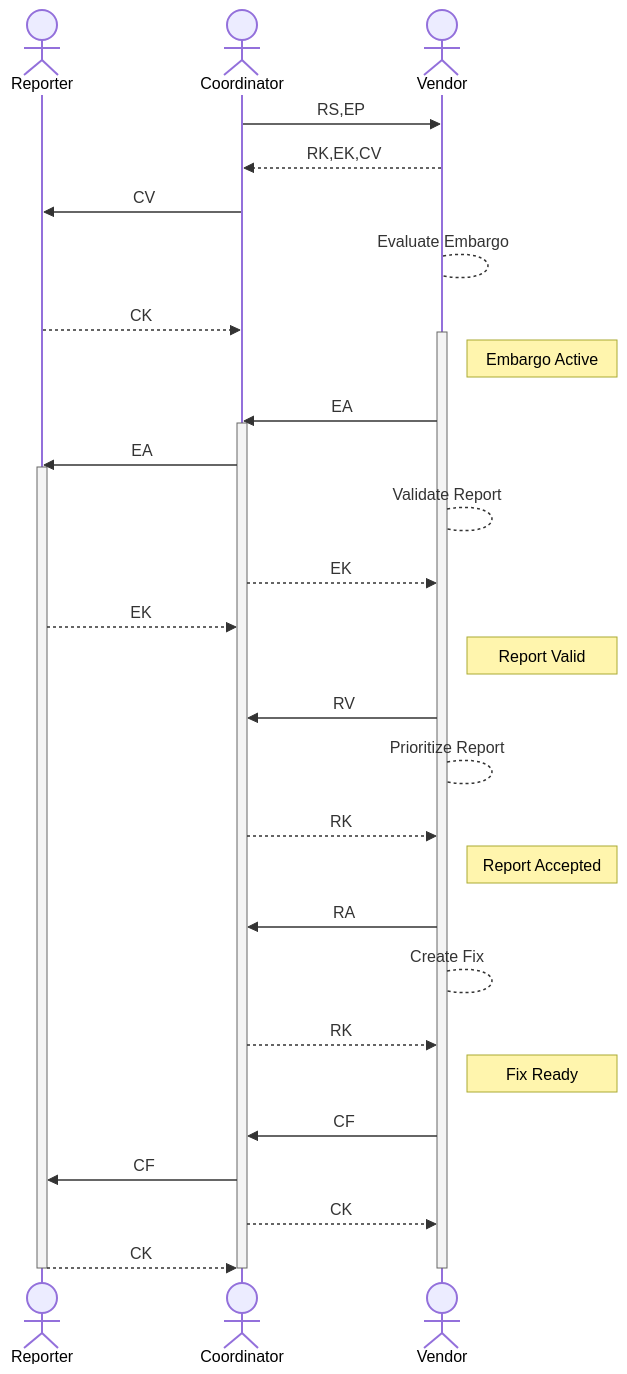
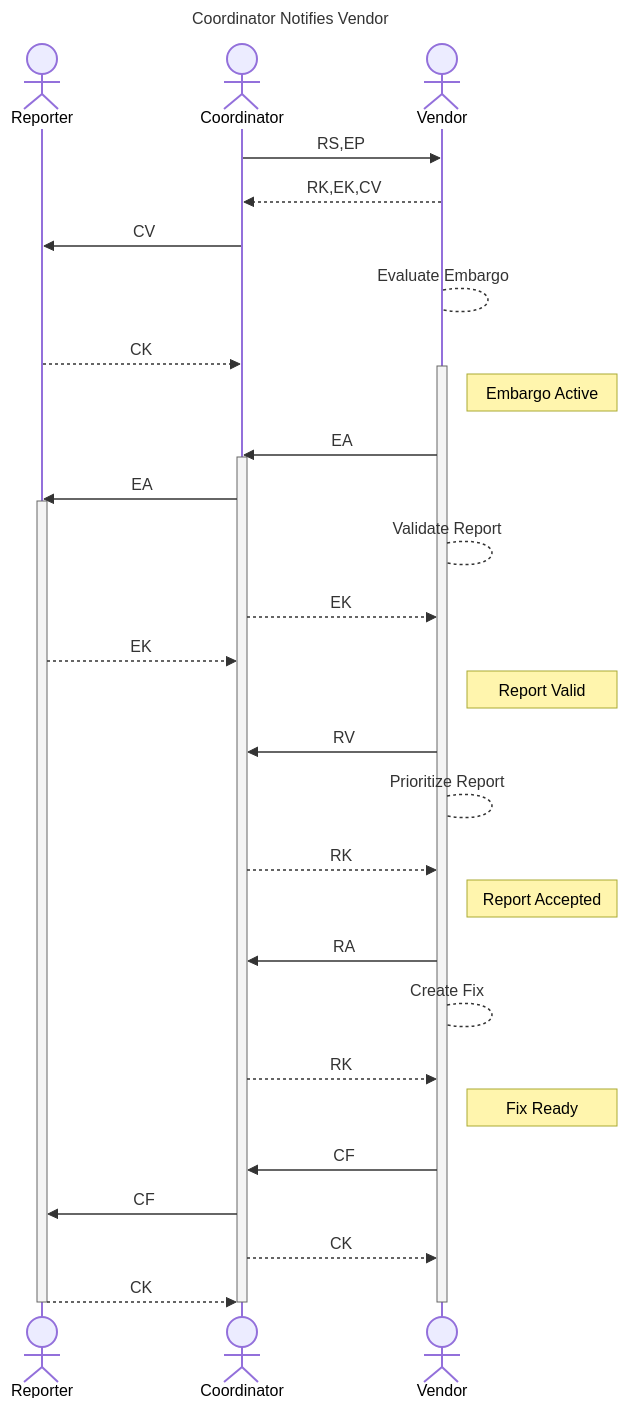
The tenth of 13 diagrams in docs/tutorials/worked_example.md (CERTCC/Vultron), drawn with Mermaid before and after one commit. The commit also changed other lines of this file, not shown here.

First line of the commit message:
docs: add mermaid title: headers to worked_example.md diagrams

````diff
--- a/docs/tutorials/worked_example.md
+++ b/docs/tutorials/worked_example.md
@@ -242,41 +269,44 @@
 ```mermaid
+---
+title: Coordinator Notifies Vendor
+---
 sequenceDiagram
     actor Reporter
     actor Coordinator
     actor Vendor
 
     Coordinator ->> Vendor: RS,EP
     Vendor -->> Coordinator: RK,EK,CV
     Coordinator ->> Reporter: CV
     Vendor --> Vendor: Evaluate Embargo
     Reporter -->> Coordinator: CK
     activate Vendor
     note right of Vendor: Embargo Active
     Vendor ->> Coordinator: EA
     activate Coordinator
     Coordinator ->> Reporter: EA
     activate Reporter
     Vendor --> Vendor: Validate Report
     Coordinator -->> Vendor: EK
     Reporter -->> Coordinator: EK
    
     note right of Vendor: Report Valid
     Vendor ->> Coordinator: RV
     Vendor --> Vendor: Prioritize Report
     Coordinator -->> Vendor: RK
 
     note right of Vendor: Report Accepted
     Vendor ->> Coordinator: RA
     Vendor --> Vendor: Create Fix
     Coordinator -->> Vendor: RK
 
     note right of Vendor: Fix Ready
     Vendor ->> Coordinator: CF
     Coordinator ->> Reporter: CF
     
     Coordinator -->> Vendor: CK
     Reporter -->> Coordinator: CK
     deactivate Vendor
     deactivate Coordinator
     deactivate Reporter
 ```
````
